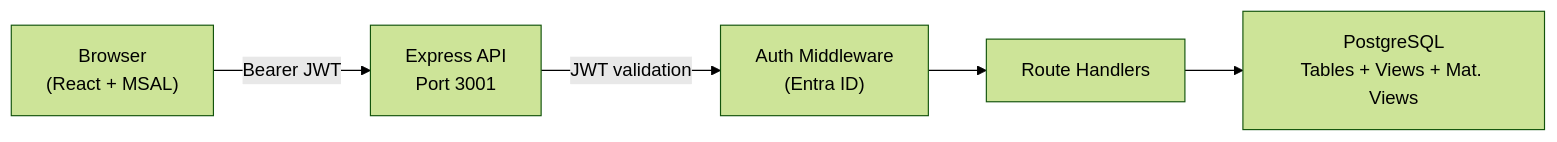
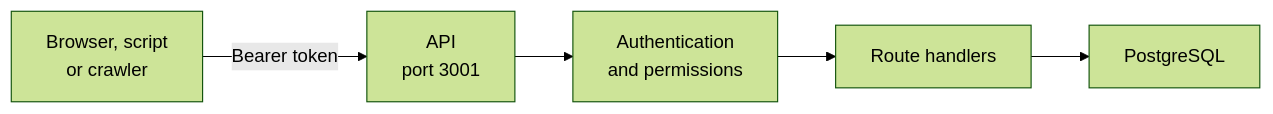
The diagram in docs/api/index.md (Fortigi/IdentityAtlas), drawn with Mermaid (forest theme) before and after one commit. The commit also changed other lines of this file and 8 other files, not shown here.

````diff
--- a/docs/api/index.md
+++ b/docs/api/index.md
@@ -13,7 +17,7 @@
 ```mermaid
 flowchart LR
-    Browser["Browser\n(React + MSAL)"] -->|"Bearer JWT"| API["Express API\nPort 3001"]
-    API -->|JWT validation| Auth["Auth Middleware\n(Entra ID)"]
-    Auth --> Routes["Route Handlers"]
-    Routes --> SQL["PostgreSQL\nTables + Views + Mat. Views"]
+    Client["Browser, script<br/>or crawler"] -->|"Bearer token"| API["API<br/>port 3001"]
+    API --> Auth["Authentication<br/>and permissions"]
+    Auth --> Routes["Route handlers"]
+    Routes --> SQL["PostgreSQL"]
 ```
````
